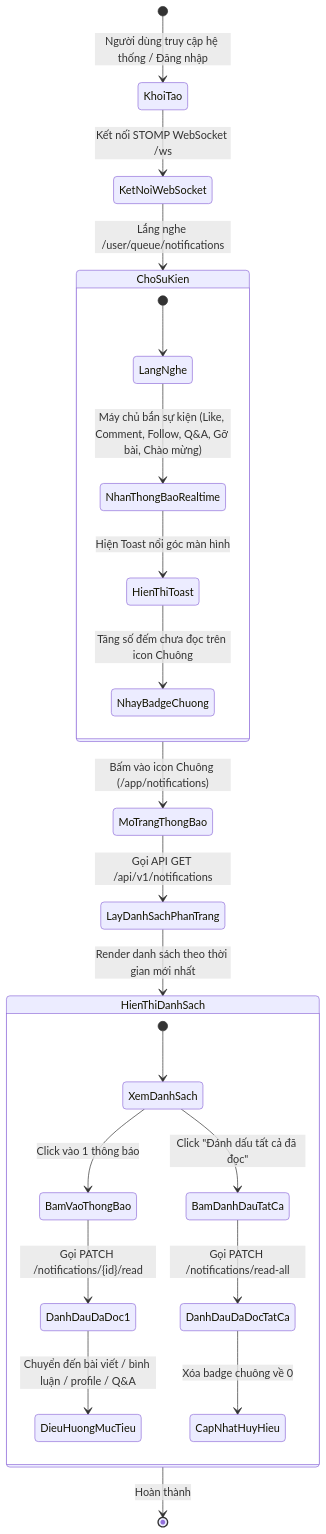
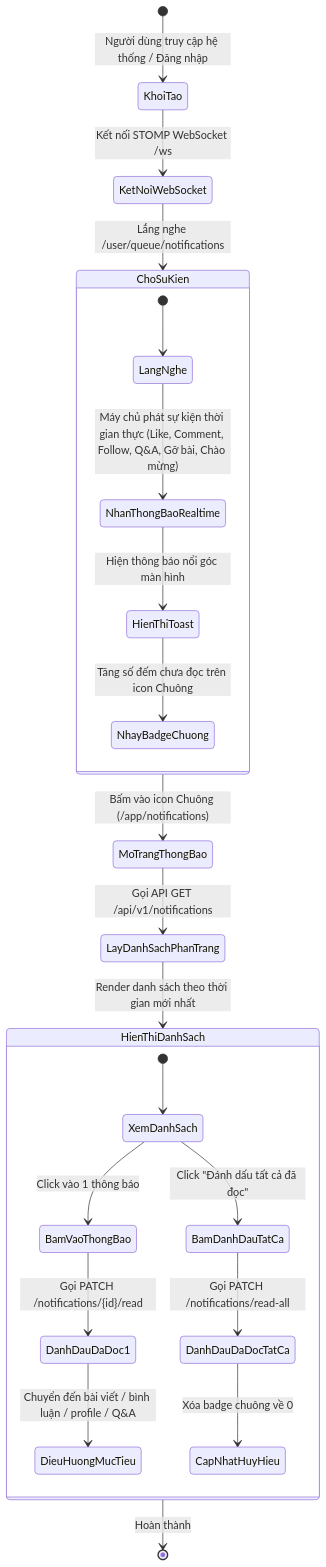
One commit to Alumnect/Alumnect changed the first of 3 diagrams in docs/update_SRS/SRS_UC_72_ViewAndManageNotifications.md. Above: the diagram before and after it, drawn with Mermaid. The commit also changed other lines of this file and 83 other files, not shown here.

````diff
--- a/docs/update_SRS/SRS_UC_72_ViewAndManageNotifications.md
+++ b/docs/update_SRS/SRS_UC_72_ViewAndManageNotifications.md
@@ -7,30 +7,30 @@
 ```mermaid
 stateDiagram-v2
     [*] --> KhoiTao : Người dùng truy cập hệ thống / Đăng nhập
     KhoiTao --> KetNoiWebSocket : Kết nối STOMP WebSocket /ws
     KetNoiWebSocket --> ChoSuKien : Lắng nghe /user/queue/notifications
 
     state ChoSuKien {
         [*] --> LangNghe
-        LangNghe --> NhanThongBaoRealtime : Máy chủ bắn sự kiện (Like, Comment, Follow, Q&A, Gỡ bài, Chào mừng)
-        NhanThongBaoRealtime --> HienThiToast : Hiện Toast nổi góc màn hình
+        LangNghe --> NhanThongBaoRealtime : Máy chủ phát sự kiện thời gian thực (Like, Comment, Follow, Q&A, Gỡ bài, Chào mừng)
+        NhanThongBaoRealtime --> HienThiToast : Hiện thông báo nổi góc màn hình
         HienThiToast --> NhayBadgeChuong : Tăng số đếm chưa đọc trên icon Chuông
     }
 
     ChoSuKien --> MoTrangThongBao : Bấm vào icon Chuông (/app/notifications)
     MoTrangThongBao --> LayDanhSachPhanTrang : Gọi API GET /api/v1/notifications
     LayDanhSachPhanTrang --> HienThiDanhSach : Render danh sách theo thời gian mới nhất
 
     state HienThiDanhSach {
         [*] --> XemDanhSach
         XemDanhSach --> BamVaoThongBao : Click vào 1 thông báo
         BamVaoThongBao --> DanhDauDaDoc1 : Gọi PATCH /notifications/{id}/read
         DanhDauDaDoc1 --> DieuHuongMucTieu : Chuyển đến bài viết / bình luận / profile / Q&A
 
         XemDanhSach --> BamDanhDauTatCa : Click "Đánh dấu tất cả đã đọc"
         BamDanhDauTatCa --> DanhDauDaDocTatCa : Gọi PATCH /notifications/read-all
         DanhDauDaDocTatCa --> CapNhatHuyHieu : Xóa badge chuông về 0
     }
 
     HienThiDanhSach --> [*] : Hoàn thành
 ```
````
